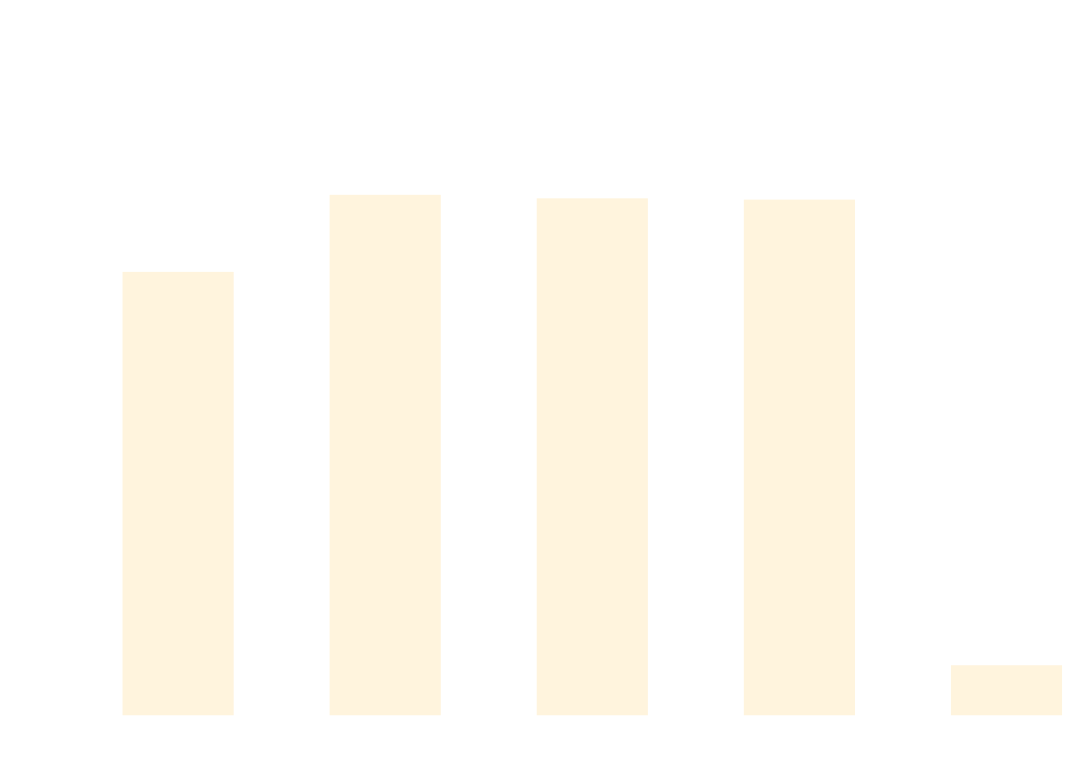
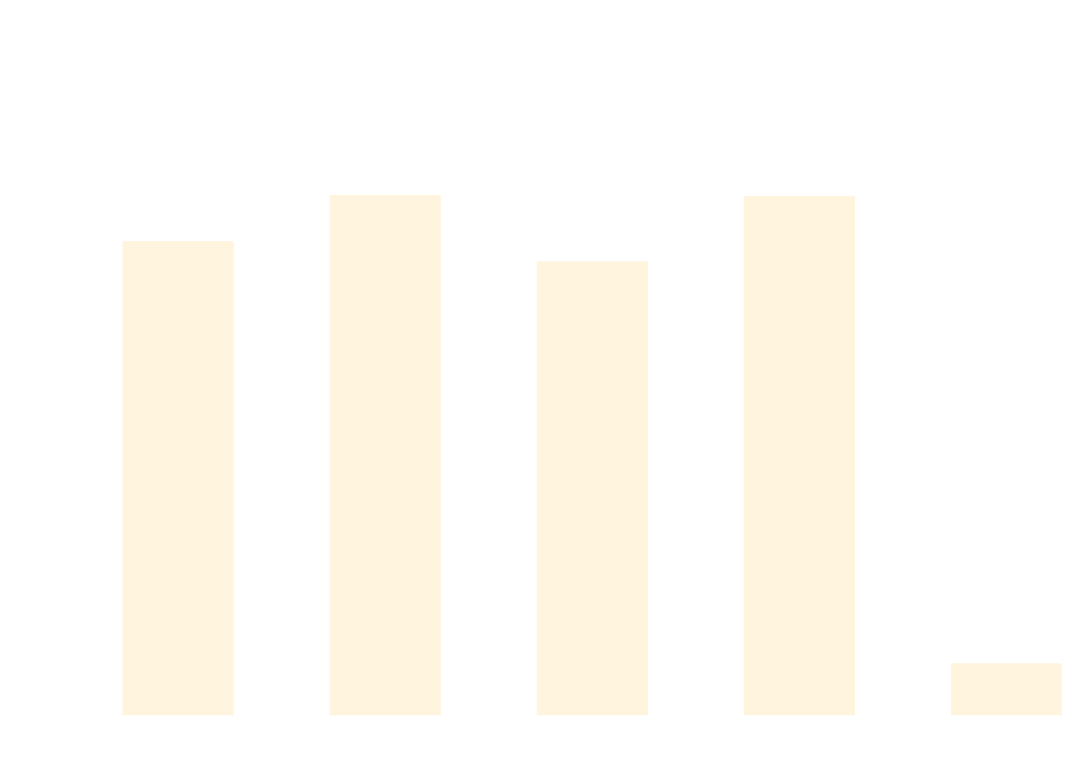
The diagram in docs/docs/benchmarks/ScaleTests.md (thomhurst/TUnit), drawn with Mermaid before and after one commit. The commit also changed other lines of this file and 17 other files, not shown here.

````diff
--- a/docs/docs/benchmarks/ScaleTests.md
+++ b/docs/docs/benchmarks/ScaleTests.md
@@ -27,37 +27,37 @@
 ```mermaid
 %%{init: {
   'theme':'base',
   'themeVariables': {
     'primaryColor': '#2563eb',
     'primaryTextColor': '#ffffff',
     'primaryBorderColor': '#1e40af',
     'lineColor': '#6b7280',
     'secondaryColor': '#7c3aed',
     'tertiaryColor': '#dc2626',
     'background': '#ffffff',
     'mainBkg': '#2563eb',
     'secondBkg': '#7c3aed',
     'tertiaryBkg': '#dc2626',
     'clusterBkg': '#f3f4f6',
     'edgeLabelBackground': '#ffffff',
     'tertiaryTextColor': '#1f2937',
     'pie1': '#2563eb',
     'pie2': '#7c3aed',
     'pie3': '#dc2626',
     'pie4': '#f59e0b',
     'pie5': '#10b981',
     'pie6': '#06b6d4',
     'pie7': '#ec4899',
     'pie8': '#6366f1',
     'pie9': '#84cc16',
     'pie10': '#f97316',
     'pie11': '#14b8a6',
     'pie12': '#a855f7'
   }
 }}%%
 xychart-beta
   title "ScaleTests Performance Comparison"
   x-axis ["TUnit", "NUnit", "MSTest", "xUnit3", "TUnit_AOT"]
-  y-axis "Time (ms)" 0 --> 744
-  bar [526, 619.91, 615.62, 614.08, 46.63]
+  y-axis "Time (ms)" 0 --> 693
+  bar [524.89, 577.3, 501.88, 576.33, 45.6]
 ```
````
